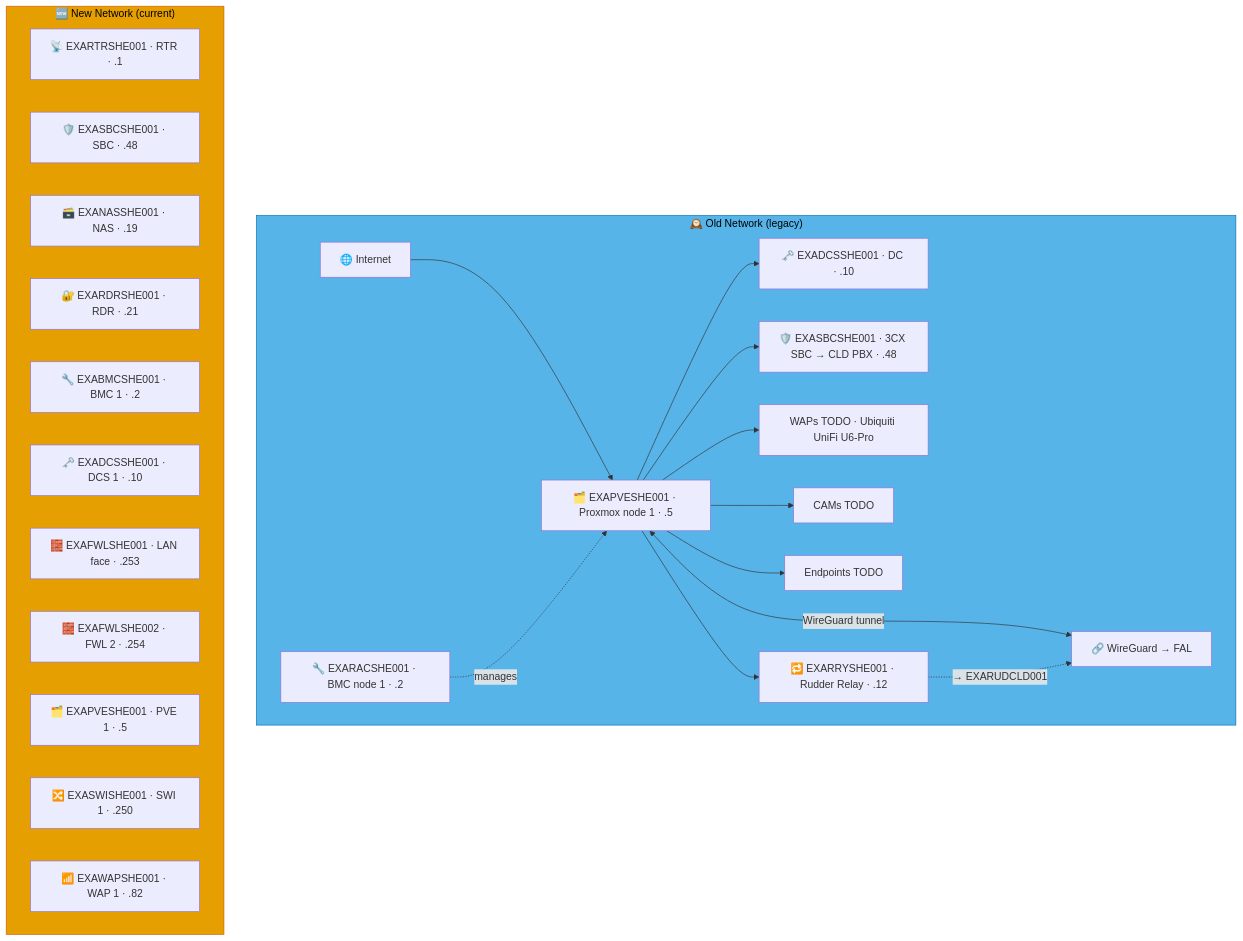
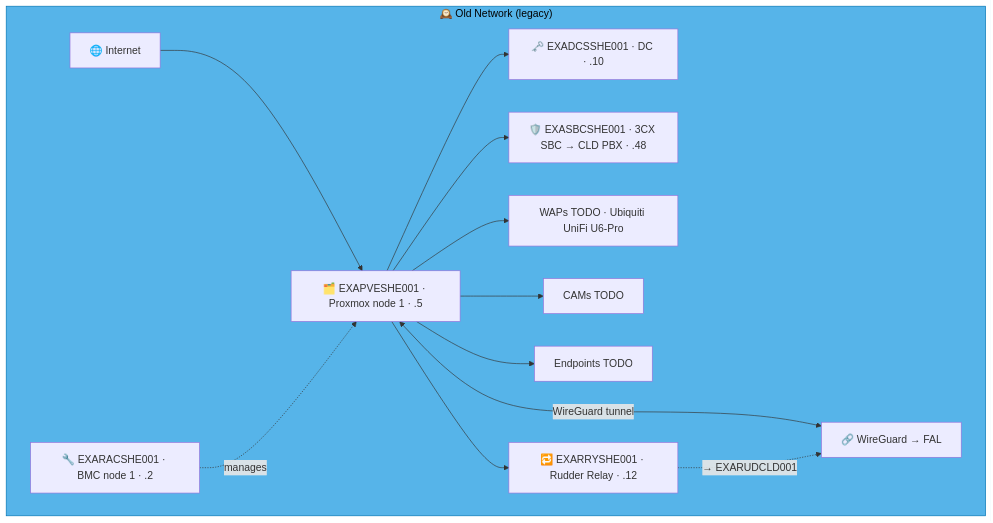
Before and after one commit to knightmare2600/example_music_infra: diagram 11 of 18 in docs/network-diagram/england.md, drawn with Mermaid. The commit also changed other lines of this file and 35 other files, not shown here.

````diff
--- a/docs/network-diagram/england.md
+++ b/docs/network-diagram/england.md
@@ -332,40 +459,24 @@
 ```mermaid
 graph TD
     subgraph OLD_SHE ["🕰️ Old Network (legacy)"]
       INET["🌐 Internet"]
       RAC["🔧 EXARACSHE001 · BMC node 1 · .2"]
       PVE["🗂️ EXAPVESHE001 · Proxmox node 1 · .5"]
       DC["🗝️ EXADCSSHE001 · DC · .10"]
       SBC["🛡️ EXASBCSHE001 · 3CX SBC → CLD PBX · .48"]
       RRY["🔁 EXARRYSHE001 · Rudder Relay · .12"]
       WAP["WAPs TODO · Ubiquiti UniFi U6-Pro"]
       CAM["CAMs TODO"]
       EP["Endpoints TODO"]
       VPN["🔗 WireGuard → FAL"]
 
       INET --> PVE --> DC & SBC
       RAC -.->|"manages"| PVE
       PVE --> WAP & CAM & EP
       PVE <-->|"WireGuard tunnel"| VPN
 
       PVE --> RRY
       RRY -. "→ EXARUDCLD001" .-> VPN
     end
     style OLD_SHE fill:#56B4E9,stroke:#0072B2,color:#000000
-    %% GENERATED:NEW-NETWORK:SHE:START
-    subgraph NEW_SHE ["🆕 New Network (current)"]
-      N_RTR["📡 EXARTRSHE001 · RTR · .1"]
-      N_SBC["🛡️ EXASBCSHE001 · SBC · .48"]
-      N_NAS["🗃️ EXANASSHE001 · NAS · .19"]
-      N_RDR["🔐 EXARDRSHE001 · RDR · .21"]
-      N_BMC["🔧 EXABMCSHE001 · BMC 1 · .2"]
-      N_DCS["🗝️ EXADCSSHE001 · DCS 1 · .10"]
-      N_FWL["🧱 EXAFWLSHE001 · LAN face · .253"]
-      N_FWL2["🧱 EXAFWLSHE002 · FWL 2 · .254"]
-      N_PVE["🗂️ EXAPVESHE001 · PVE 1 · .5"]
-      N_SWI["🔀 EXASWISHE001 · SWI 1 · .250"]
-      N_WAP["📶 EXAWAPSHE001 · WAP 1 · .82"]
-    end
-    style NEW_SHE fill:#E69F00,stroke:#D55E00,color:#000000
-    %% GENERATED:NEW-NETWORK:SHE:END
 ```
````
